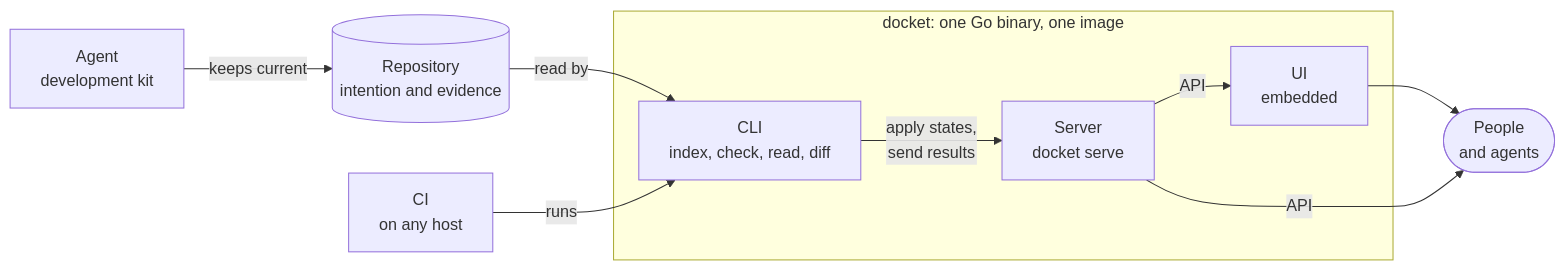
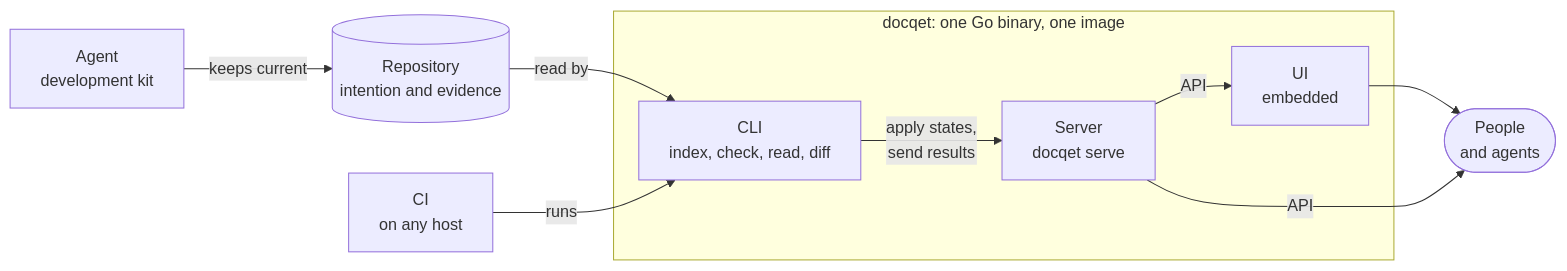
One commit to docqet/docqet changed the diagram in docs/parts.md. Above: the diagram before and after it, drawn with Mermaid. The commit also changed other lines of this file and 1586 other files, not shown here.

First line of the commit message:
Rename Docket to Docqet: the format, the command, the kit and the module

````diff
--- a/docs/parts.md
+++ b/docs/parts.md
@@ -11,21 +11,21 @@
 ```mermaid
 flowchart LR
   kit["Agent<br/>development kit"]
   repo[("Repository<br/>intention and evidence")]
   ci["CI<br/>on any host"]
   people(["People<br/>and agents"])
 
-  subgraph image["docket: one Go binary, one image"]
+  subgraph image["docqet: one Go binary, one image"]
     cli["CLI<br/>index, check, read, diff"]
-    server["Server<br/>docket serve"]
+    server["Server<br/>docqet serve"]
     ui["UI<br/>embedded"]
   end
 
   kit -- "keeps current" --> repo
   repo -- "read by" --> cli
   ci -- "runs" --> cli
   cli -- "apply states,<br/>send results" --> server
   server -- "API" --> ui
   ui --> people
   server -- "API" --> people
 ```
````
